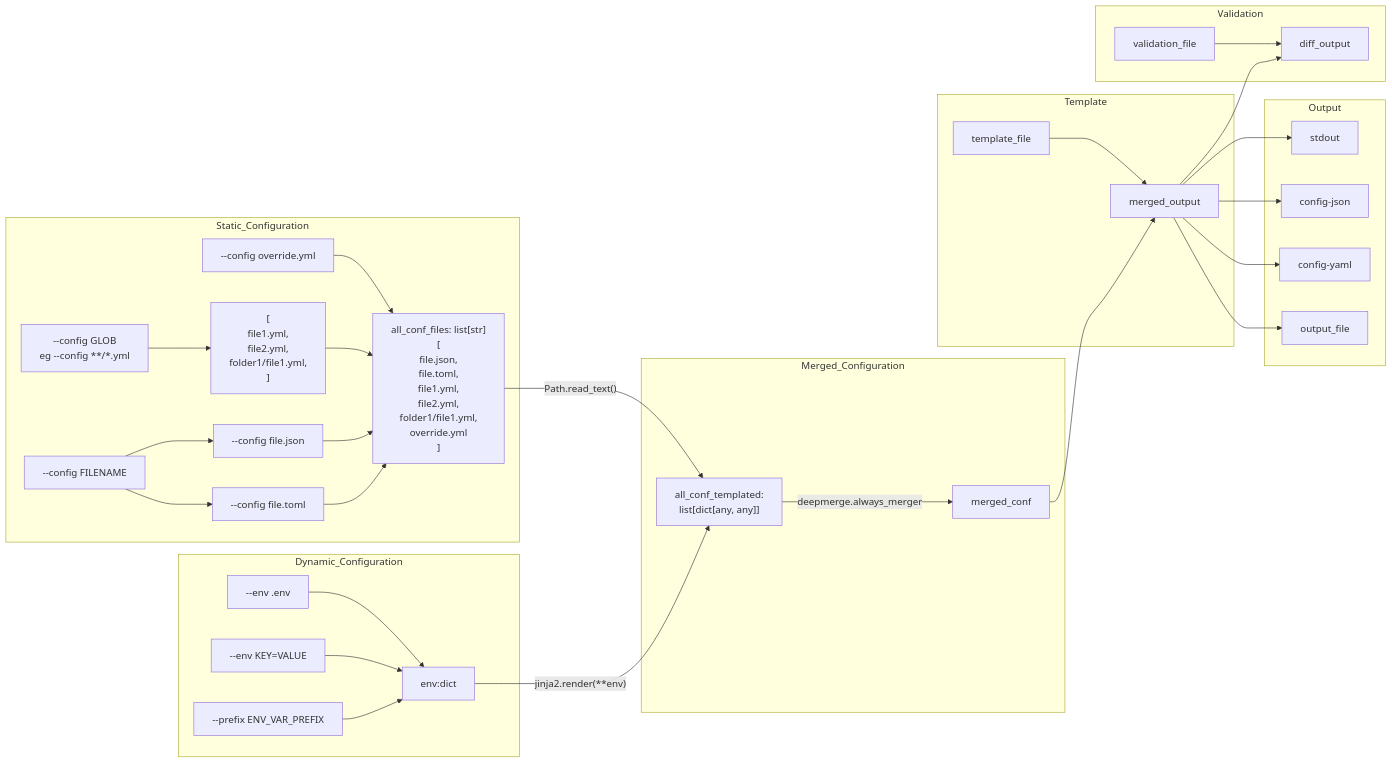
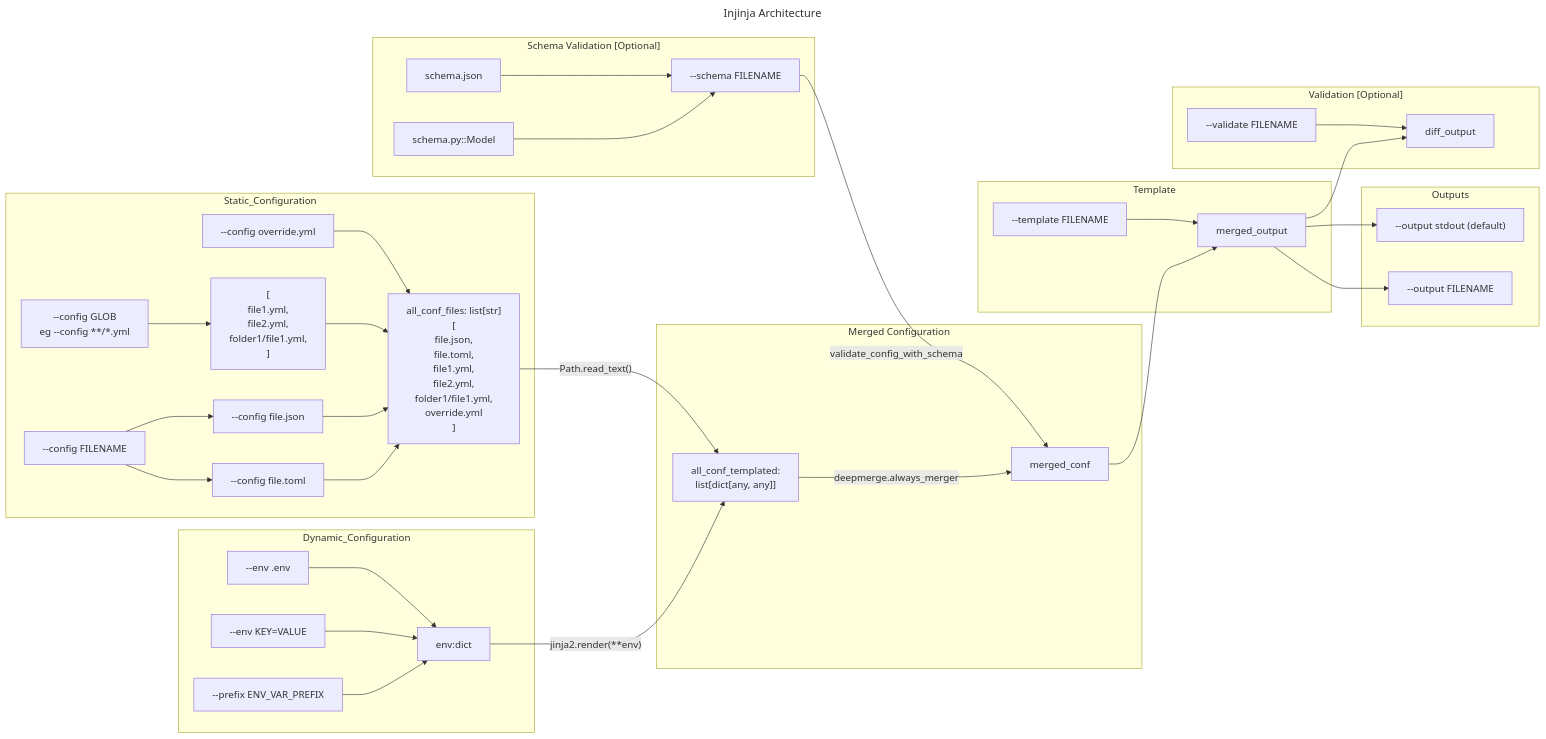
One commit to neozenith/injinja changed the diagram in diagrams/architecture.mmd. Above: the diagram before and after it, drawn with Mermaid. The commit also changed 41 other files, not shown here.

First line of the commit message:
feat: add schema validation support (JSON Schema + Pydantic) (#20)

```diff
--- a/diagrams/architecture.mmd
+++ b/diagrams/architecture.mmd
@@ -1,71 +1,79 @@
+---
+ title: Injinja Architecture
+---
 graph LR
     subgraph Dynamic_Configuration
         env_flags[--env KEY=VALUE]
         env_file["--env .env"]
         env_prefix[--prefix ENV_VAR_PREFIX ]
         env_dict[env:dict]
         env_prefix --> env_dict
         env_flags --> env_dict
         env_file --> env_dict
     end
     subgraph Static_Configuration
         conf_file[--config FILENAME]
         example_json[--config file.json]
         example_toml[--config file.toml]
         conf_glob["--config GLOB
             eg --config **/*.yml
         "]
         conf_glob_expanded["
             [
                 file1.yml,
                 file2.yml,
                 folder1/file1.yml,
             ]
         "]
         conf_override[--config override.yml]
         conf_list[" all_conf_files: list[str]
             [
                 file.json,
                 file.toml,
                 file1.yml,
                 file2.yml,
                 folder1/file1.yml,
                 override.yml
             ]
         "]
         conf_file --> example_json
         conf_file --> example_toml
         example_toml --> conf_list
         example_json --> conf_list
         conf_glob --> conf_glob_expanded
         conf_glob_expanded --> conf_list
         conf_override --> conf_list
     end
-    subgraph Merged_Configuration
+    subgraph "Schema Validation [Optional]"
+        schema_file[--schema FILENAME]
+        json_schema[schema.json]
+        pydantic_schema[schema.py::Model]
+        pydantic_schema --> schema_file
+        json_schema --> schema_file
+    end
+    subgraph "Merged Configuration"
         all_conf["all_conf_templated: 
         list[dict[any, any]]"]
         merged_conf
         env_dict -->|"jinja2.render(**env)"| all_conf
         conf_list -->|"Path.read_text()"| all_conf
         all_conf -->|deepmerge.always_merger| merged_conf
     end
     subgraph Template
+        schema_file -->|"validate_config_with_schema"| merged_conf
         merged_conf --> merged_output
+        template_file[--template FILENAME]
         template_file --> merged_output
     end
-    subgraph Output
-        stdout
-        config-json
-        config-yaml
-        output_file
+    subgraph Outputs
+        stdout["--output stdout (default)"]
+        output_file[--output FILENAME]
         merged_output --> stdout
-        merged_output --> config-json
-        merged_output --> config-yaml
         merged_output --> output_file
     end
-    subgraph Validation
-        validation_file
+    subgraph "Validation [Optional]"
+        validation_file[--validate FILENAME]
 
         merged_output --> diff_output
         validation_file --> diff_output
     end
```
